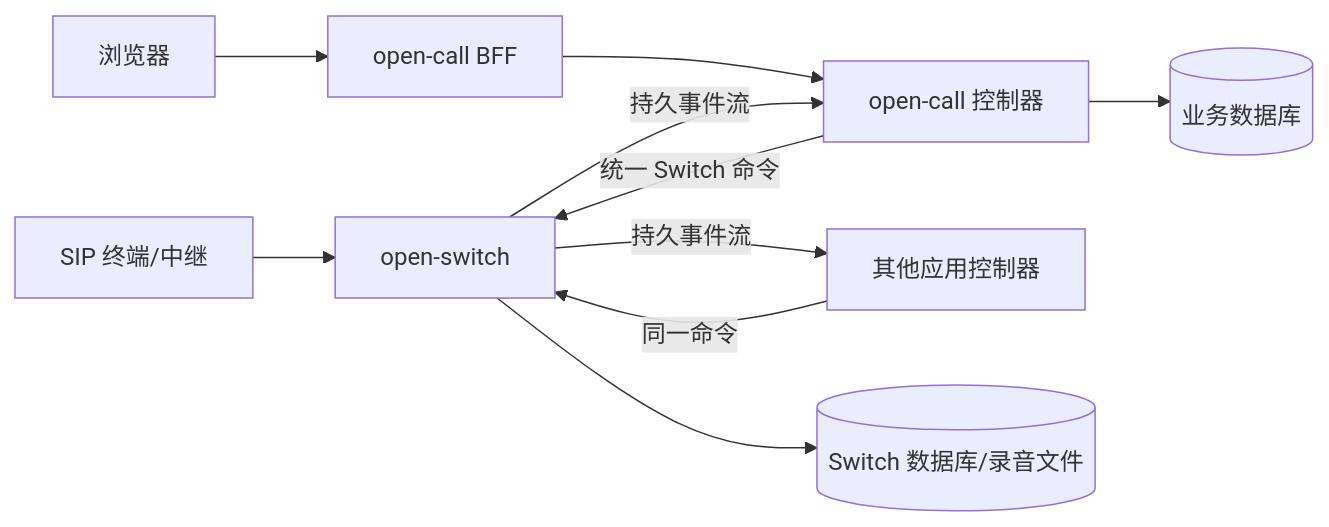
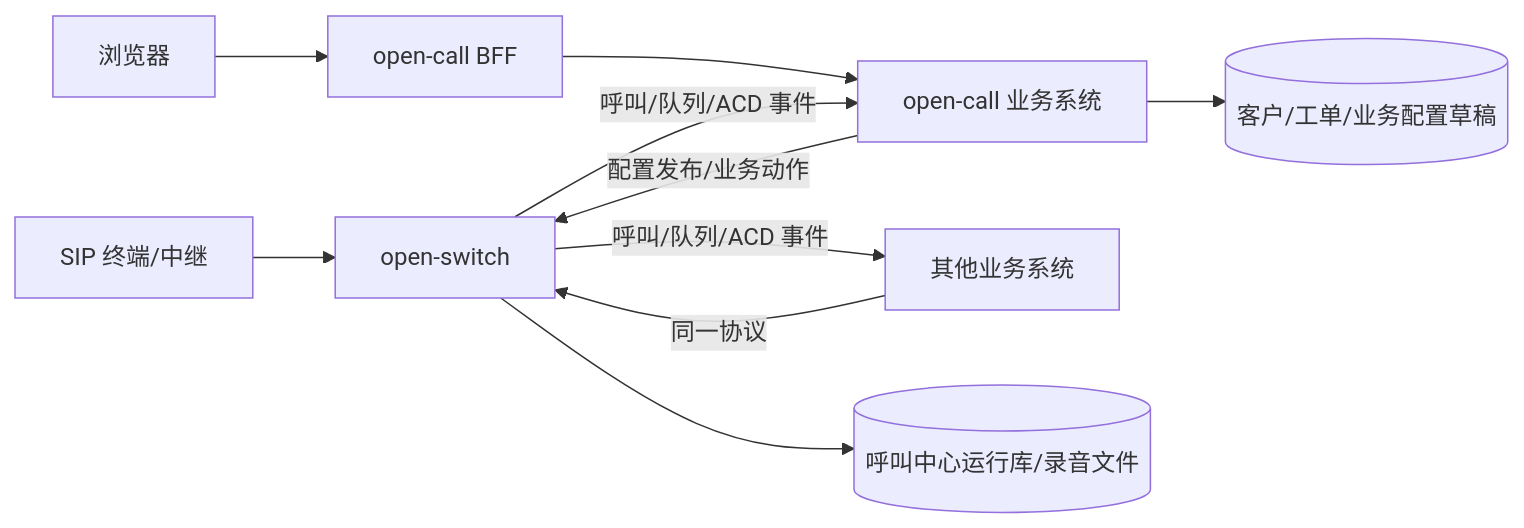
Before and after one commit to fangzixia/open-voip: the diagram in docs/统一软交换架构实施方案.md, drawn with Mermaid. The commit also changed other lines of this file and 73 other files, not shown here.

````diff
--- a/docs/统一软交换架构实施方案.md
+++ b/docs/统一软交换架构实施方案.md
@@ -43,12 +59,12 @@
 ```mermaid
 flowchart LR
   SIP[SIP 终端/中继] --> SW[open-switch]
   WEB[浏览器] --> BFF[open-call BFF]
-  BFF --> CC[open-call 控制器]
-  CC -->|统一 Switch 命令| SW
-  EXT[其他应用控制器] -->|同一命令| SW
-  SW -->|持久事件流| CC
-  SW -->|持久事件流| EXT
-  CC --> CDB[(业务数据库)]
-  SW --> SDB[(Switch 数据库/录音文件)]
+  BFF --> APP[open-call 业务系统]
+  APP -->|配置发布/业务动作| SW
+  EXT[其他业务系统] -->|同一协议| SW
+  SW -->|呼叫/队列/ACD 事件| APP
+  SW -->|呼叫/队列/ACD 事件| EXT
+  APP --> CDB[(客户/工单/业务配置草稿)]
+  SW --> SDB[(呼叫中心运行库/录音文件)]
 ```
````
